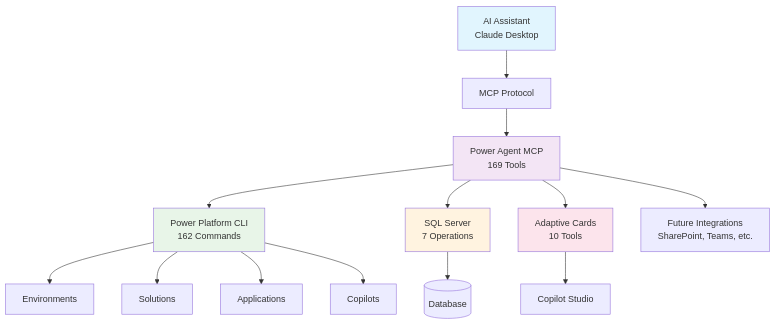
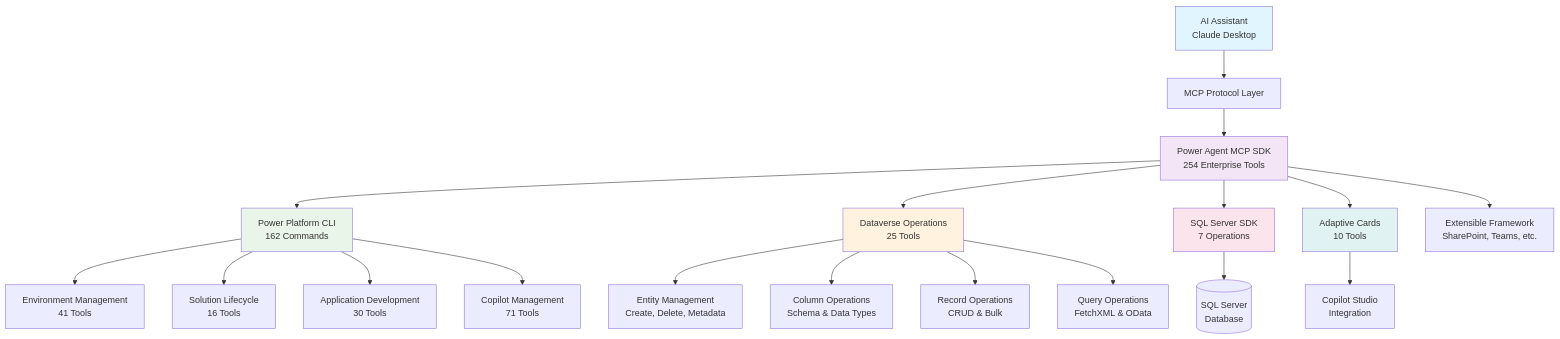
Before and after one commit to dayour/Power-Agent-MCP: the diagram in README.md, drawn with Mermaid. The commit also changed other lines of this file, not shown here.

Commit message:
Update README to professional SDK format with comprehensive Dataverse documentation

````diff
--- a/README.md
+++ b/README.md
@@ -297,25 +504,32 @@
 ```mermaid
 graph TB
-    AI[AI Assistant<br/>Claude Desktop] --> MCP[MCP Protocol]
-    MCP --> PAM[Power Agent MCP<br/>169 Tools]
+    AI[AI Assistant<br/>Claude Desktop] --> MCP[MCP Protocol Layer]
+    MCP --> PAM[Power Agent MCP SDK<br/>254 Enterprise Tools]
     
     PAM --> PP[Power Platform CLI<br/>162 Commands]
-    PAM --> SQL[SQL Server<br/>7 Operations]
+    PAM --> DV[Dataverse Operations<br/>25 Tools]
+    PAM --> SQL[SQL Server SDK<br/>7 Operations]
     PAM --> AC[Adaptive Cards<br/>10 Tools]
     
-    PP --> ENV[Environments]
-    PP --> SOL[Solutions] 
-    PP --> APP[Applications]
-    PP --> COP[Copilots]
+    PP --> ENV[Environment Management<br/>41 Tools]
+    PP --> SOL[Solution Lifecycle<br/>16 Tools] 
+    PP --> APP[Application Development<br/>30 Tools]
+    PP --> COP[Copilot Management<br/>71 Tools]
     
-    SQL --> DB[(Database)]
-    AC --> CS[Copilot Studio]
+    DV --> ENT[Entity Management<br/>Create, Delete, Metadata]
+    DV --> COL[Column Operations<br/>Schema & Data Types]
+    DV --> REC[Record Operations<br/>CRUD & Bulk]
+    DV --> QRY[Query Operations<br/>FetchXML & OData]
     
-    PAM --> EXT[Future Integrations<br/>SharePoint, Teams, etc.]
+    SQL --> DB[(SQL Server<br/>Database)]
+    AC --> CS[Copilot Studio<br/>Integration]
+    
+    PAM --> EXT[Extensible Framework<br/>SharePoint, Teams, etc.]
     
     style AI fill:#e1f5fe
     style PAM fill:#f3e5f5
     style PP fill:#e8f5e8
-    style SQL fill:#fff3e0
-    style AC fill:#fce4ec
+    style DV fill:#fff3e0
+    style SQL fill:#fce4ec
+    style AC fill:#e0f2f1
 ```
````
